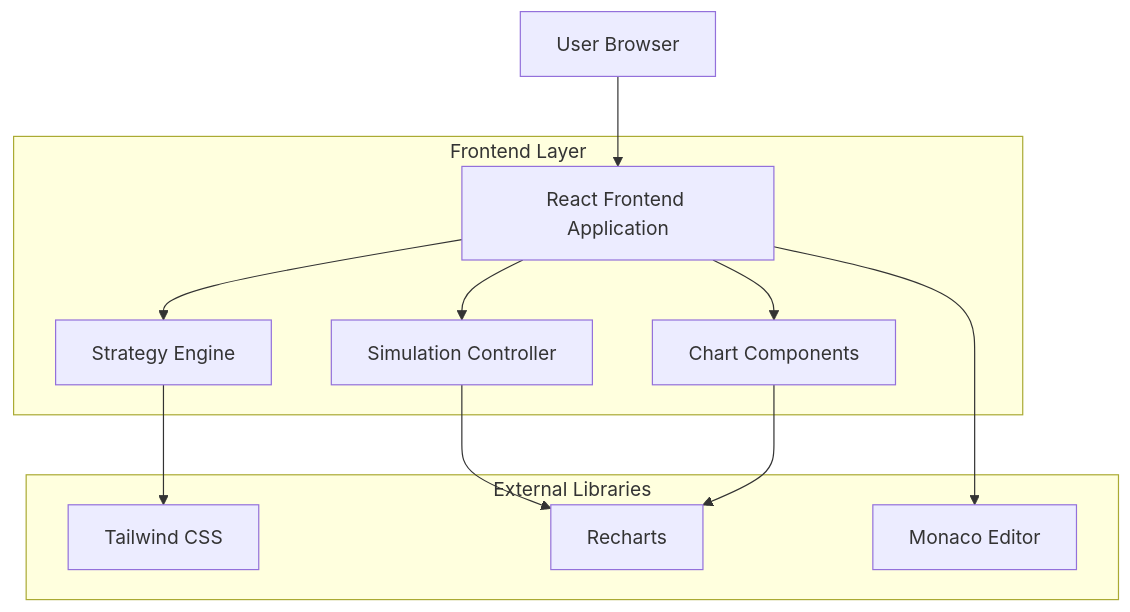
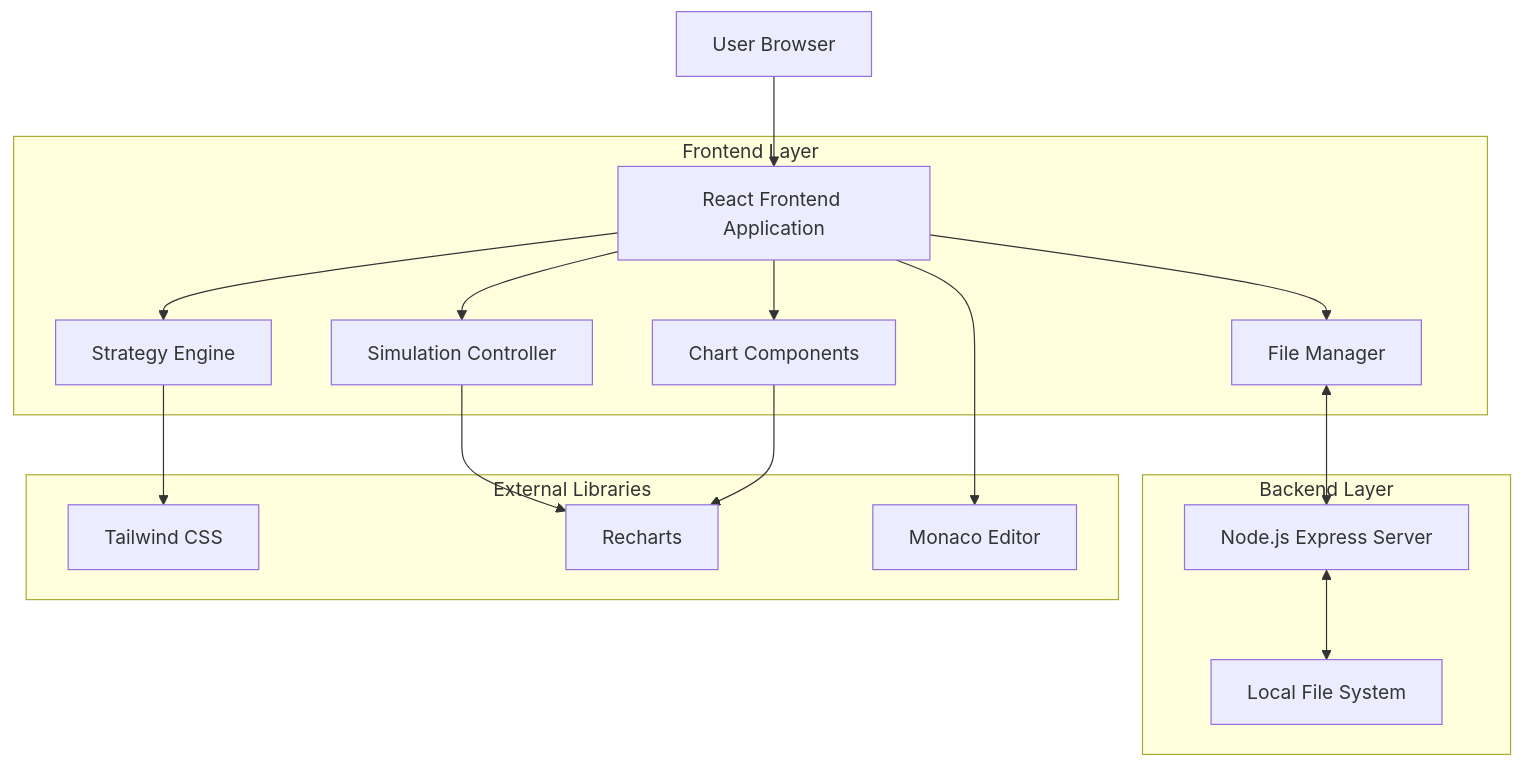
The first of 3 diagrams in docs/roulette-strategy-simulator-technical.md (AlanDeYong/roulette-simulator), drawn with Mermaid before and after one commit. The commit also changed other lines of this file and 3 other files, not shown here.

````diff
--- a/docs/roulette-strategy-simulator-technical.md
+++ b/docs/roulette-strategy-simulator-technical.md
@@ -3,25 +3,34 @@
 ```mermaid
 graph TD
     A[User Browser] --> B[React Frontend Application]
     B --> C[Strategy Engine]
     B --> D[Simulation Controller]
     B --> E[Chart Components]
+    B --> F[File Manager]
     
     subgraph "Frontend Layer"
         B
         C
         D
         E
+        F
     end
     
+    subgraph "Backend Layer"
+        I[Node.js Express Server]
+        J[Local File System]
+    end
+
     subgraph "External Libraries"
-        F[Tailwind CSS]
-        G[Recharts]
-        H[Monaco Editor]
+        G[Tailwind CSS]
+        H[Recharts]
+        K[Monaco Editor]
     end
     
-    C --> F
-    D --> G
-    E --> G
-    B --> H
+    C --> G
+    D --> H
+    E --> H
+    B --> K
+    F <--> I
+    I <--> J
 ```
````
